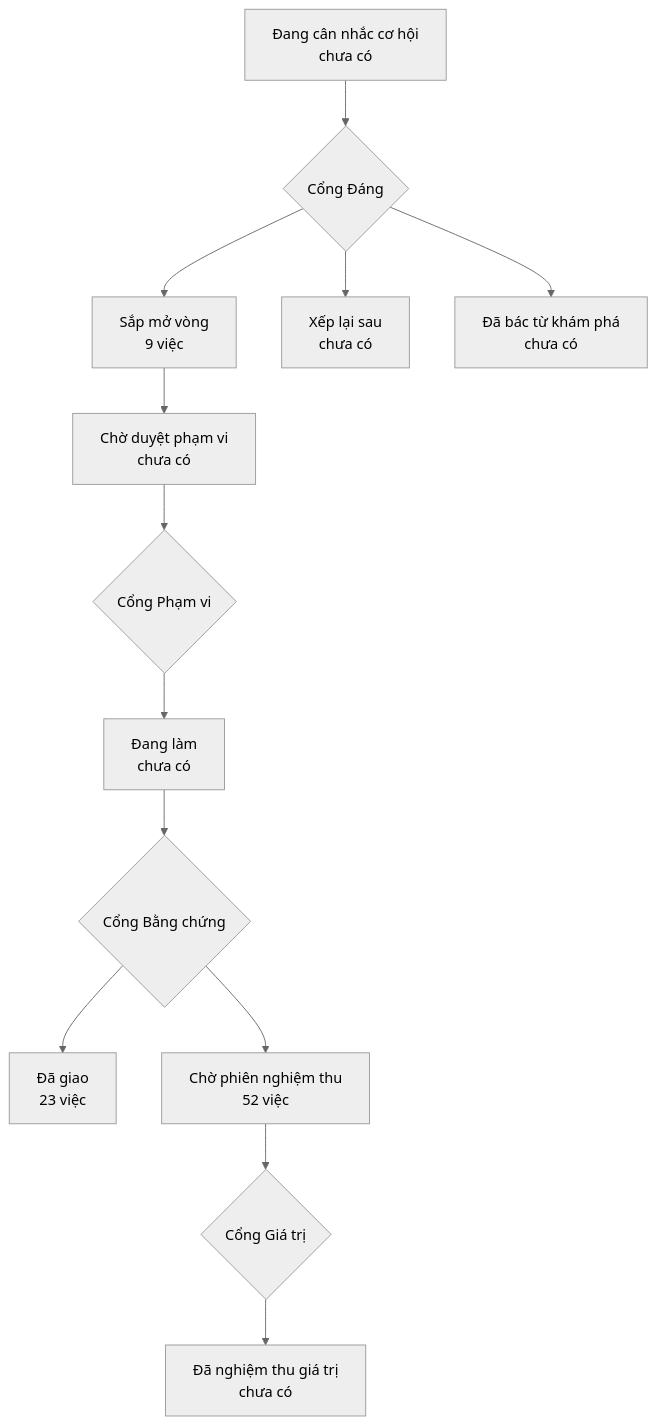
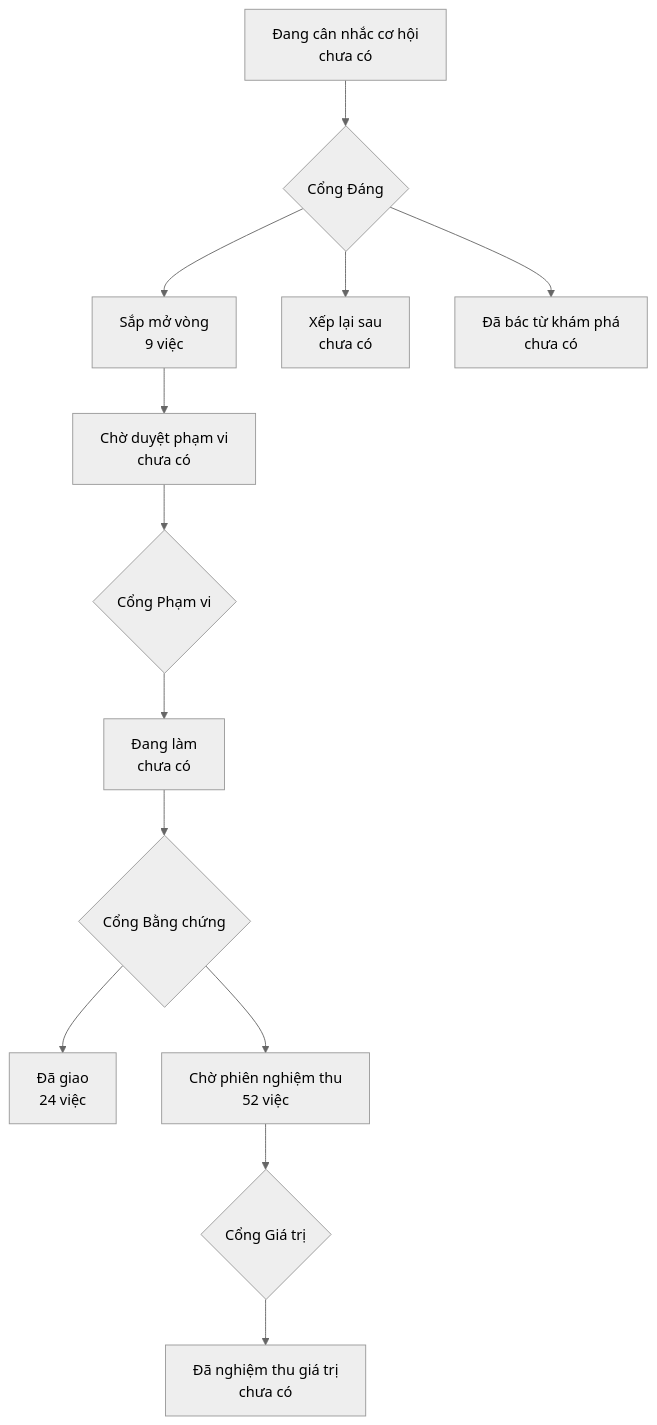
The diagram in PRODUCT-MAP.md (phanlemanh/onehub-inventory), drawn with Mermaid (neutral theme) before and after one commit. The commit also changed other lines of this file and 1 other file, not shown here.

Commit message:
chore: redraw product map and roadmap page after merging main

````diff
--- a/PRODUCT-MAP.md
+++ b/PRODUCT-MAP.md
@@ -7,12 +7,12 @@
 ```mermaid
 flowchart TD
   A["Đang cân nhắc cơ hội<br/>chưa có"] --> GD{"Cổng Đáng"}
   GD --> B["Sắp mở vòng<br/>9 việc"]
   GD --> XL["Xếp lại sau<br/>chưa có"]
   GD --> DB["Đã bác từ khám phá<br/>chưa có"]
   B --> CD["Chờ duyệt phạm vi<br/>chưa có"] --> GP{"Cổng Phạm vi"}
   GP --> DL["Đang làm<br/>chưa có"] --> GB{"Cổng Bằng chứng"}
-  GB --> DG["Đã giao<br/>23 việc"]
+  GB --> DG["Đã giao<br/>24 việc"]
   GB --> CN["Chờ phiên nghiệm thu<br/>52 việc"] --> GG{"Cổng Giá trị"}
   GG --> NT["Đã nghiệm thu giá trị<br/>chưa có"]
 ```
````
